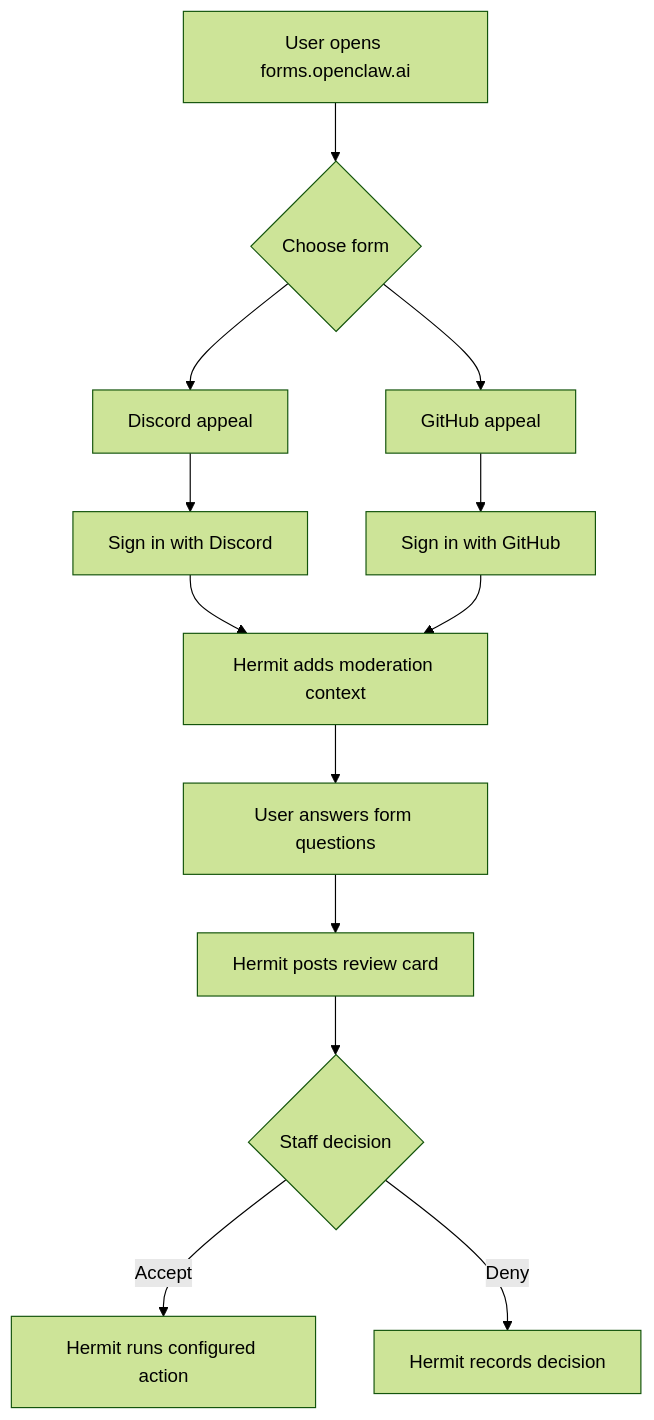
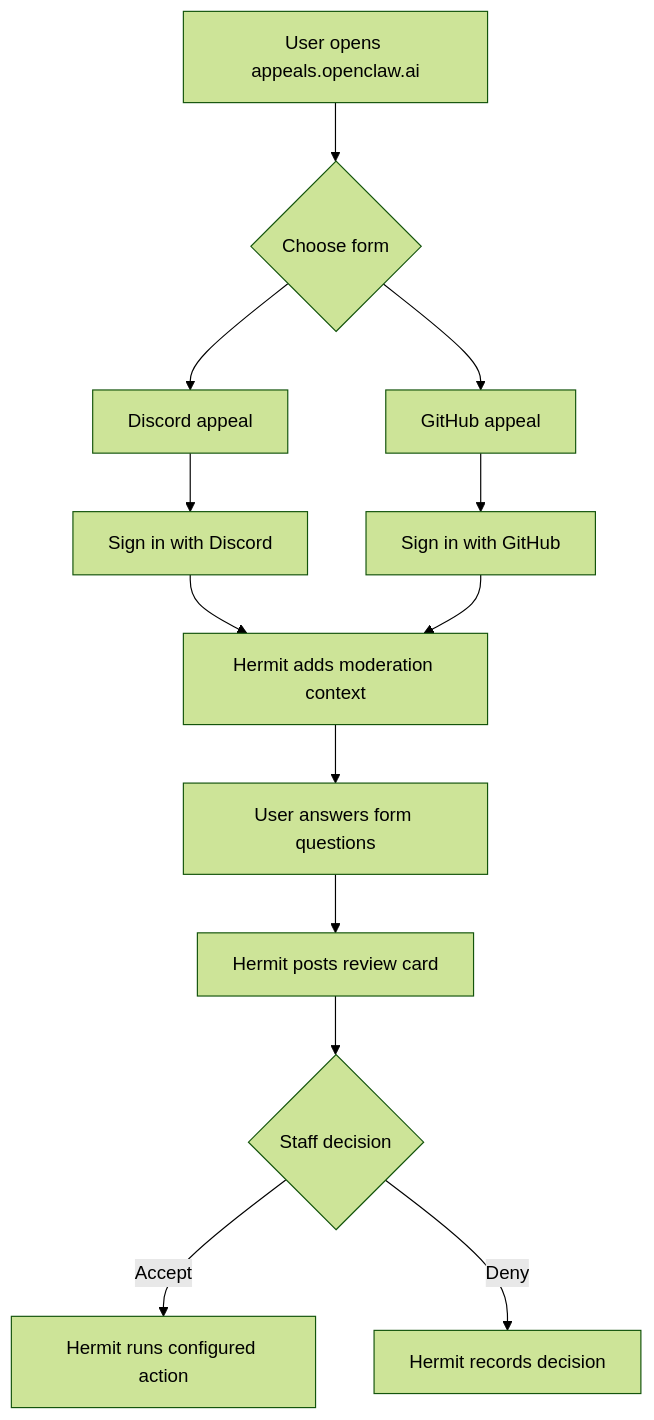
Before and after one commit to openclaw/community: the diagram in appeals-and-reports.md, drawn with Mermaid (forest theme). The commit also changed other lines of this file and 3 other files, not shown here.

Commit message:
docs: update appeals forms domain

````diff
--- a/appeals-and-reports.md
+++ b/appeals-and-reports.md
@@ -27,15 +27,15 @@
 ```mermaid
 flowchart TD
-  U[User opens forms.openclaw.ai] --> F{Choose form}
+  U[User opens appeals.openclaw.ai] --> F{Choose form}
   F --> D[Discord appeal]
   F --> G[GitHub appeal]
   D --> DA[Sign in with Discord]
   G --> GA[Sign in with GitHub]
   DA --> C[Hermit adds moderation context]
   GA --> C
   C --> Q[User answers form questions]
   Q --> M[Hermit posts review card]
   M --> A{Staff decision}
   A -->|Accept| X[Hermit runs configured action]
   A -->|Deny| Y[Hermit records decision]
 ```
````
